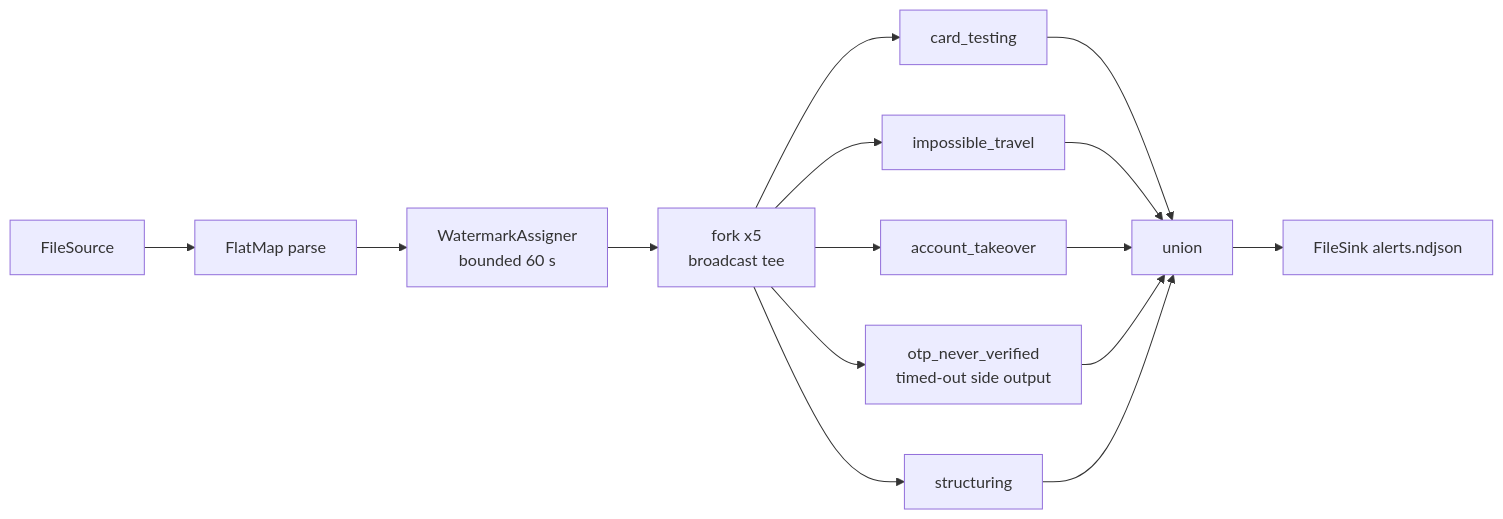
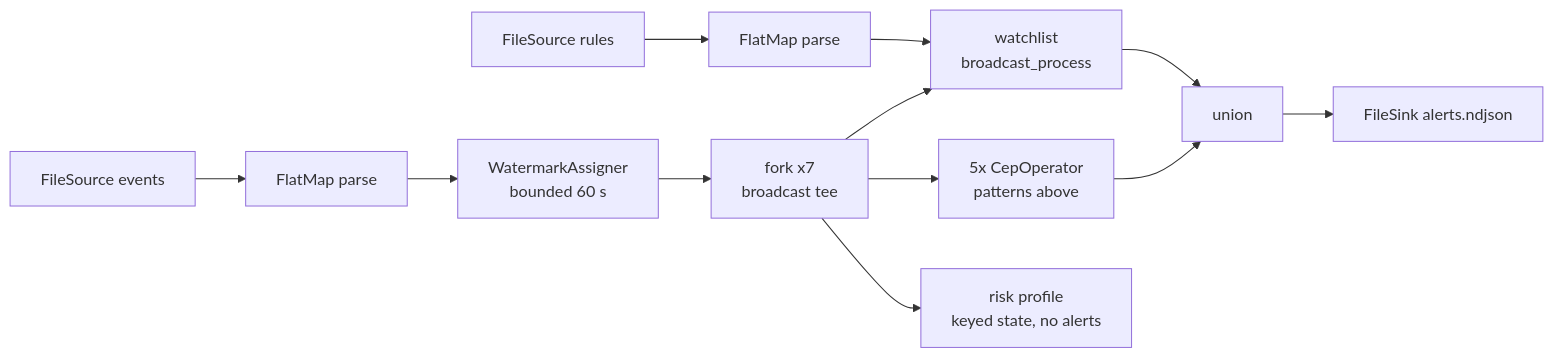
One commit to orhaugh/card-sentry changed the diagram in README.md. Above: the diagram before and after it, drawn with Mermaid. The commit also changed other lines of this file and 4 other files, not shown here.

First line of the commit message:
round 2b: per-card risk profiles served over queryable state

````diff
--- a/README.md
+++ b/README.md
@@ -80,17 +85,14 @@
 ```mermaid
 graph LR
-  A["FileSource"] --> B["FlatMap parse"]
+  A["FileSource events"] --> B["FlatMap parse"]
   B --> C["WatermarkAssigner<br/>bounded 60 s"]
-  C --> D["fork x5<br/>broadcast tee"]
-  D --> E1["card_testing"]
-  D --> E2["impossible_travel"]
-  D --> E3["account_takeover"]
-  D --> E4["otp_never_verified<br/>timed-out side output"]
-  D --> E5["structuring"]
+  C --> D["fork x7<br/>broadcast tee"]
+  D --> E1["5x CepOperator<br/>patterns above"]
+  D --> E6["watchlist<br/>broadcast_process"]
+  R["FileSource rules"] --> RP["FlatMap parse"]
+  RP --> E6
+  D --> E7["risk profile<br/>keyed state, no alerts"]
   E1 --> U["union"]
-  E2 --> U
-  E3 --> U
-  E4 --> U
-  E5 --> U
+  E6 --> U
   U --> S["FileSink alerts.ndjson"]
 ```
````
